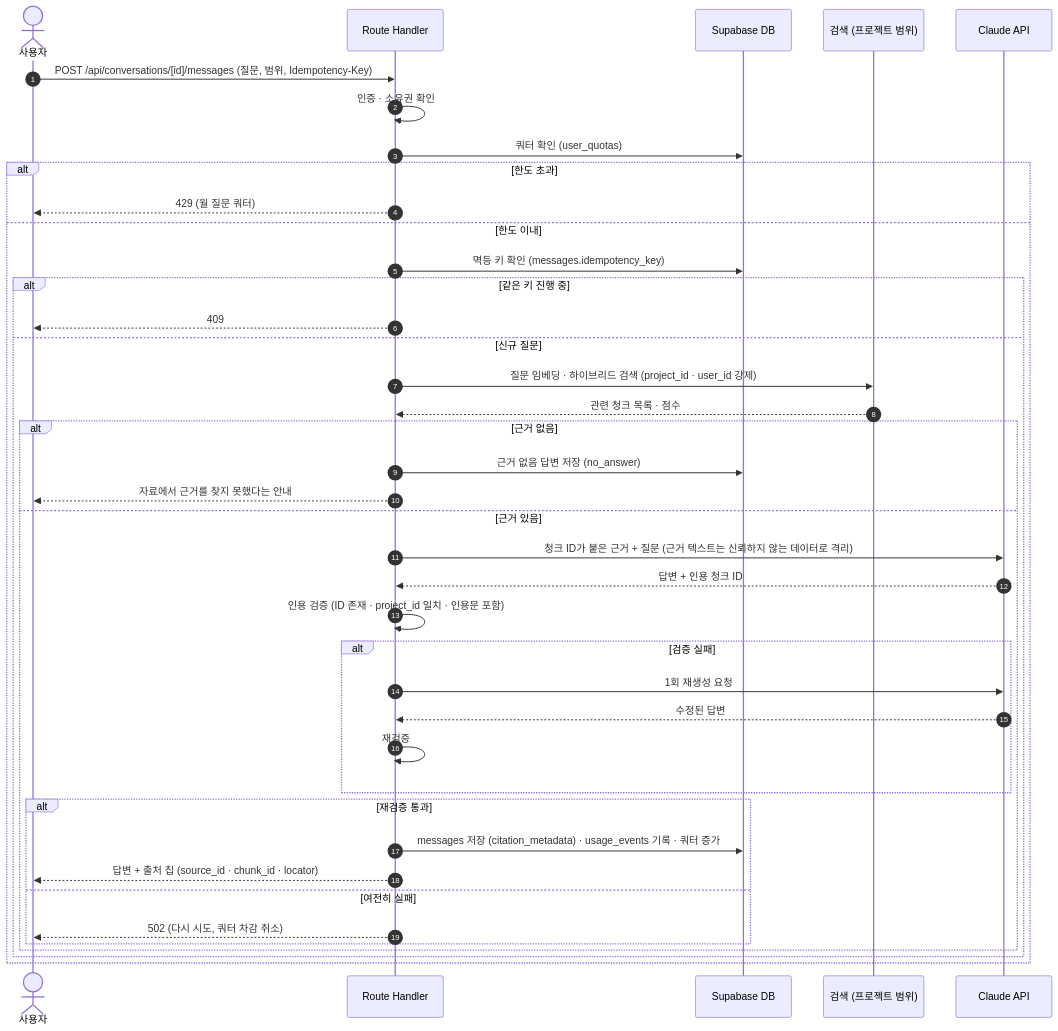
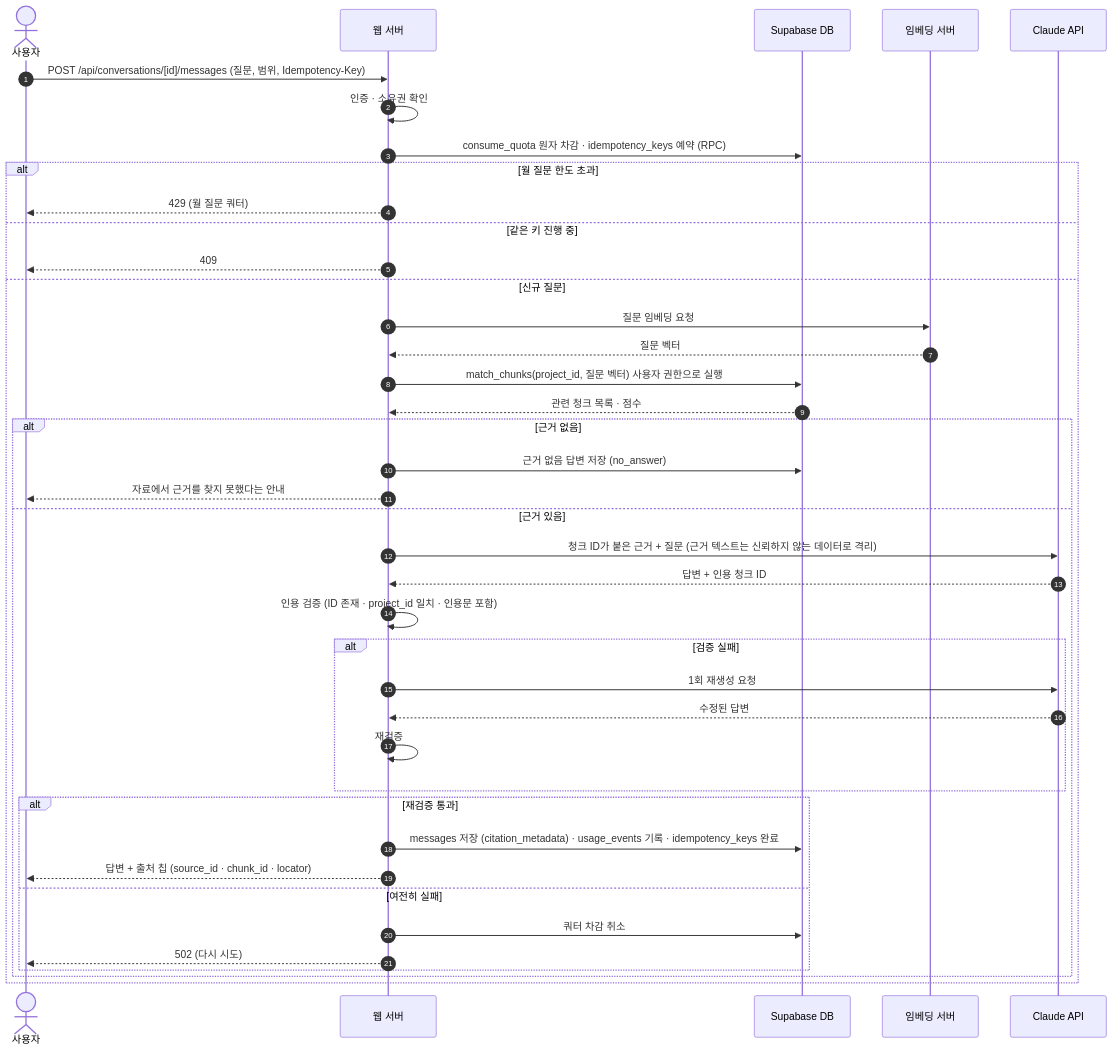
Before and after one commit to DevOps0906/KNOWFLOW-AI: the diagram in docs/diagrams/seq-ask.mmd, drawn with Mermaid. The commit also changed 42 other files, not shown here.

```diff
--- a/docs/diagrams/seq-ask.mmd
+++ b/docs/diagrams/seq-ask.mmd
@@ -1,41 +1,41 @@
 sequenceDiagram
   autonumber
   actor U as 사용자
-  participant A as Route Handler
+  participant A as 웹 서버
   participant D as Supabase DB
-  participant S as 검색 (프로젝트 범위)
+  participant F as 임베딩 서버
   participant L as Claude API
 
   U->>A: POST /api/conversations/[id]/messages (질문, 범위, Idempotency-Key)
   A->>A: 인증 · 소유권 확인
-  A->>D: 쿼터 확인 (user_quotas)
-  alt 한도 초과
+  A->>D: consume_quota 원자 차감 · idempotency_keys 예약 (RPC)
+  alt 월 질문 한도 초과
     A-->>U: 429 (월 질문 쿼터)
-  else 한도 이내
-    A->>D: 멱등 키 확인 (messages.idempotency_key)
-    alt 같은 키 진행 중
-      A-->>U: 409
-    else 신규 질문
-      A->>S: 질문 임베딩 · 하이브리드 검색 (project_id · user_id 강제)
-      S-->>A: 관련 청크 목록 · 점수
-      alt 근거 없음
-        A->>D: 근거 없음 답변 저장 (no_answer)
-        A-->>U: 자료에서 근거를 찾지 못했다는 안내
-      else 근거 있음
-        A->>L: 청크 ID가 붙은 근거 + 질문 (근거 텍스트는 신뢰하지 않는 데이터로 격리)
-        L-->>A: 답변 + 인용 청크 ID
-        A->>A: 인용 검증 (ID 존재 · project_id 일치 · 인용문 포함)
-        alt 검증 실패
-          A->>L: 1회 재생성 요청
-          L-->>A: 수정된 답변
-          A->>A: 재검증
-        end
-        alt 재검증 통과
-          A->>D: messages 저장 (citation_metadata) · usage_events 기록 · 쿼터 증가
-          A-->>U: 답변 + 출처 칩 (source_id · chunk_id · locator)
-        else 여전히 실패
-          A-->>U: 502 (다시 시도, 쿼터 차감 취소)
-        end
+  else 같은 키 진행 중
+    A-->>U: 409
+  else 신규 질문
+    A->>F: 질문 임베딩 요청
+    F-->>A: 질문 벡터
+    A->>D: match_chunks(project_id, 질문 벡터) 사용자 권한으로 실행
+    D-->>A: 관련 청크 목록 · 점수
+    alt 근거 없음
+      A->>D: 근거 없음 답변 저장 (no_answer)
+      A-->>U: 자료에서 근거를 찾지 못했다는 안내
+    else 근거 있음
+      A->>L: 청크 ID가 붙은 근거 + 질문 (근거 텍스트는 신뢰하지 않는 데이터로 격리)
+      L-->>A: 답변 + 인용 청크 ID
+      A->>A: 인용 검증 (ID 존재 · project_id 일치 · 인용문 포함)
+      alt 검증 실패
+        A->>L: 1회 재생성 요청
+        L-->>A: 수정된 답변
+        A->>A: 재검증
+      end
+      alt 재검증 통과
+        A->>D: messages 저장 (citation_metadata) · usage_events 기록 · idempotency_keys 완료
+        A-->>U: 답변 + 출처 칩 (source_id · chunk_id · locator)
+      else 여전히 실패
+        A->>D: 쿼터 차감 취소
+        A-->>U: 502 (다시 시도)
       end
     end
   end
```
